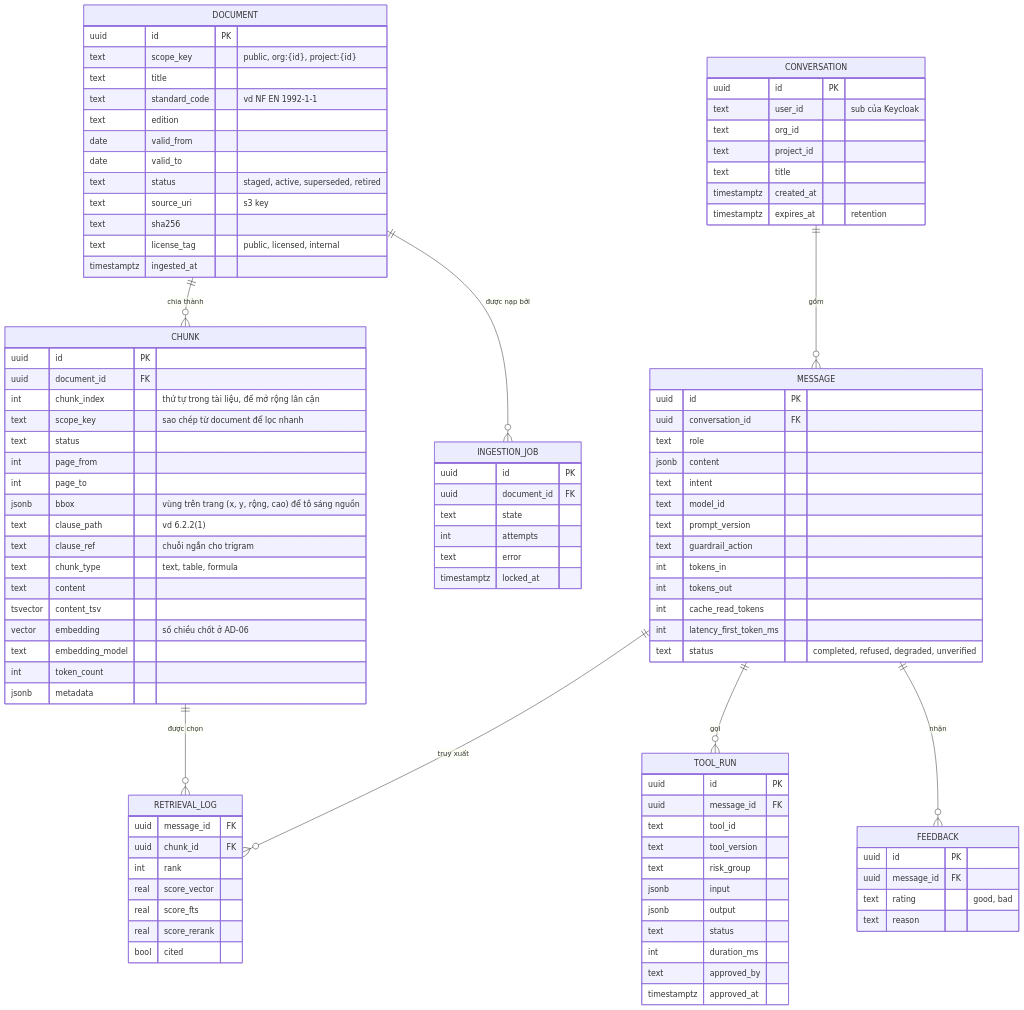
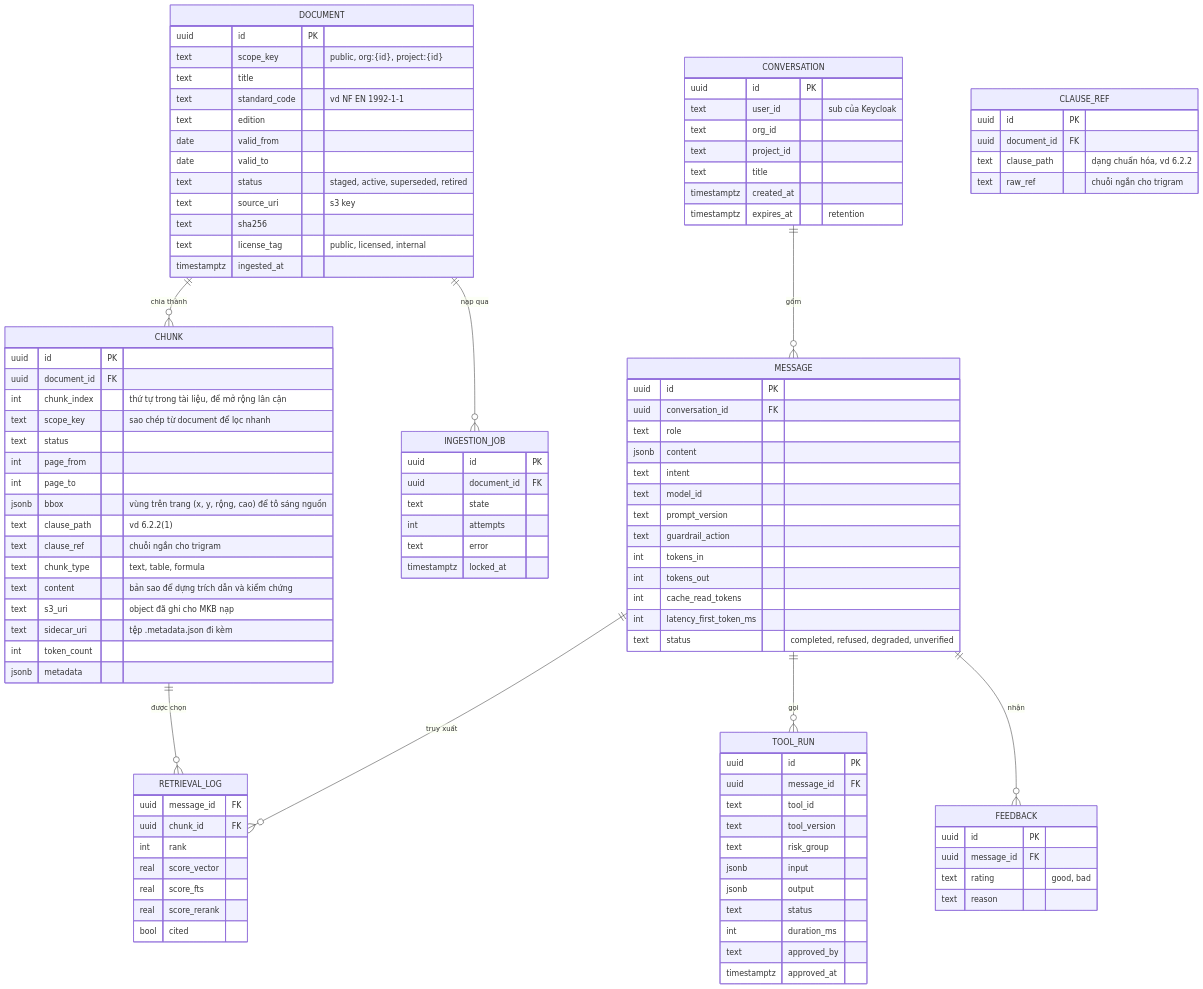
One commit to vdloc/vfstructures-ai-solution changed the fifth of 6 diagrams in 03-rag.md. Above: the diagram before and after it, drawn with Mermaid. The commit also changed other lines of this file and 26 other files, not shown here.

Commit message:
Update v1.1 architecture docs and add guidelines, specs, presentation material

````diff
--- a/03-rag.md
+++ b/03-rag.md
@@ -227,7 +374,7 @@
 ```mermaid
 erDiagram
   DOCUMENT ||--o{ CHUNK : "chia thành"
-  DOCUMENT ||--o{ INGESTION_JOB : "được nạp bởi"
+  DOCUMENT ||--o{ INGESTION_JOB : "nạp qua"
   CONVERSATION ||--o{ MESSAGE : "gồm"
   MESSAGE ||--o{ RETRIEVAL_LOG : "truy xuất"
   CHUNK ||--o{ RETRIEVAL_LOG : "được chọn"
@@ -260,12 +407,17 @@
     text clause_path "vd 6.2.2(1)"
     text clause_ref "chuỗi ngắn cho trigram"
     text chunk_type "text, table, formula"
-    text content
-    tsvector content_tsv
-    vector embedding "số chiều chốt ở AD-06"
-    text embedding_model
+    text content "bản sao để dựng trích dẫn và kiểm chứng"
+    text s3_uri "object đã ghi cho MKB nạp"
+    text sidecar_uri "tệp .metadata.json đi kèm"
     int token_count
     jsonb metadata
+  }
+  CLAUSE_REF {
+    uuid id PK
+    uuid document_id FK
+    text clause_path "dạng chuẩn hóa, vd 6.2.2"
+    text raw_ref "chuỗi ngắn cho trigram"
   }
   INGESTION_JOB {
     uuid id PK
````
